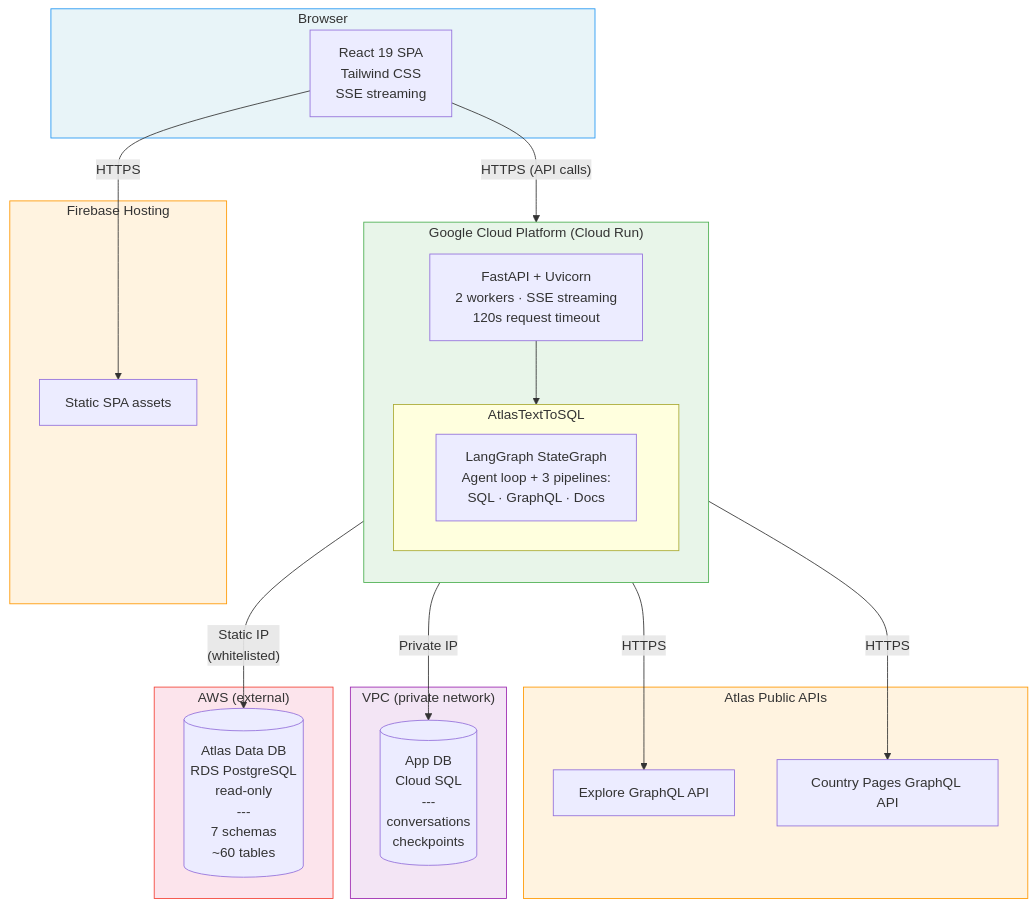
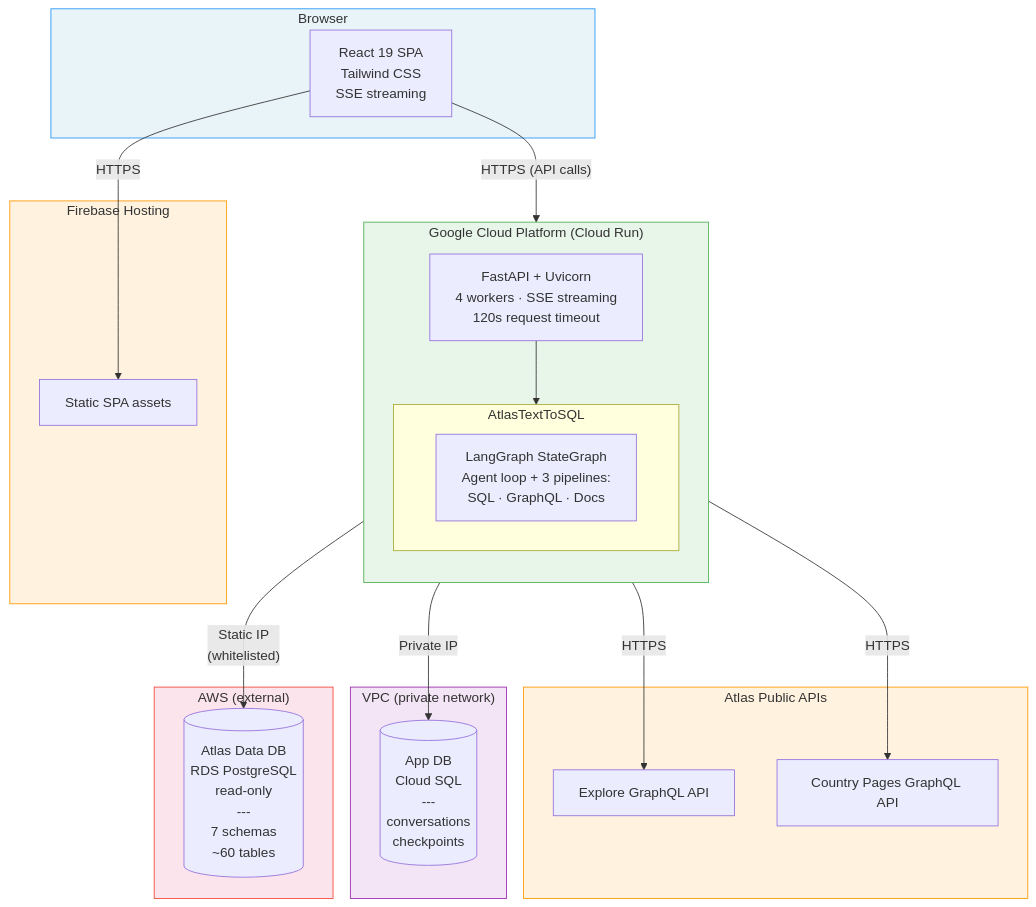
The first of 2 diagrams in README.md (shreyasgm/ask-atlas), drawn with Mermaid before and after one commit. The commit also changed other lines of this file and 2 other files, not shown here.

Commit message:
docs: sync documentation with current codebase
Update worker count (2→4), add LiteLLM Router multi-provider
fallback throughout, refresh file line counts and docs list,
mark unimplemented eval tiers/deliverables as planned, and
document recent eval features (failure taxonomy, binary link
judge, paper research mode).

````diff
--- a/README.md
+++ b/README.md
@@ -23,47 +23,47 @@
 ```mermaid
 graph TB
     subgraph Browser["Browser"]
         SPA["React 19 SPA<br/>Tailwind CSS<br/>SSE streaming"]
     end
 
     subgraph Firebase["Firebase Hosting"]
         Static["Static SPA assets"]
     end
 
     subgraph GCP["Google Cloud Platform (Cloud Run)"]
         direction TB
-        API["FastAPI + Uvicorn<br/>2 workers · SSE streaming<br/>120s request timeout"]
+        API["FastAPI + Uvicorn<br/>4 workers · SSE streaming<br/>120s request timeout"]
         subgraph Agent["AtlasTextToSQL"]
             direction LR
             LG["LangGraph StateGraph<br/>Agent loop + 3 pipelines:<br/>SQL · GraphQL · Docs"]
         end
         API --> Agent
     end
 
     subgraph AtlasAPI["Atlas Public APIs"]
         ExploreAPI["Explore GraphQL API"]
         CPAPI["Country Pages GraphQL API"]
     end
 
     subgraph VPC["VPC (private network)"]
         AppDB[("App DB<br/>Cloud SQL<br/>---<br/>conversations<br/>checkpoints")]
     end
 
     subgraph AWS["AWS (external)"]
         AtlasDB[("Atlas Data DB<br/>RDS PostgreSQL<br/>read-only<br/>---<br/>7 schemas<br/>~60 tables")]
     end
 
     SPA -->|HTTPS| Static
     SPA -->|"HTTPS (API calls)"| API
     Agent -->|"Private IP"| AppDB
     Agent -->|"Static IP<br/>(whitelisted)"| AtlasDB
     Agent -->|"HTTPS"| ExploreAPI
     Agent -->|"HTTPS"| CPAPI
 
     style Browser fill:#e8f4f8,stroke:#2196F3
     style Firebase fill:#fff3e0,stroke:#FF9800
     style GCP fill:#e8f5e9,stroke:#4CAF50
     style AtlasAPI fill:#fff3e0,stroke:#FF9800
     style VPC fill:#f3e5f5,stroke:#9C27B0
     style AWS fill:#fce4ec,stroke:#f44336
 ```
````
